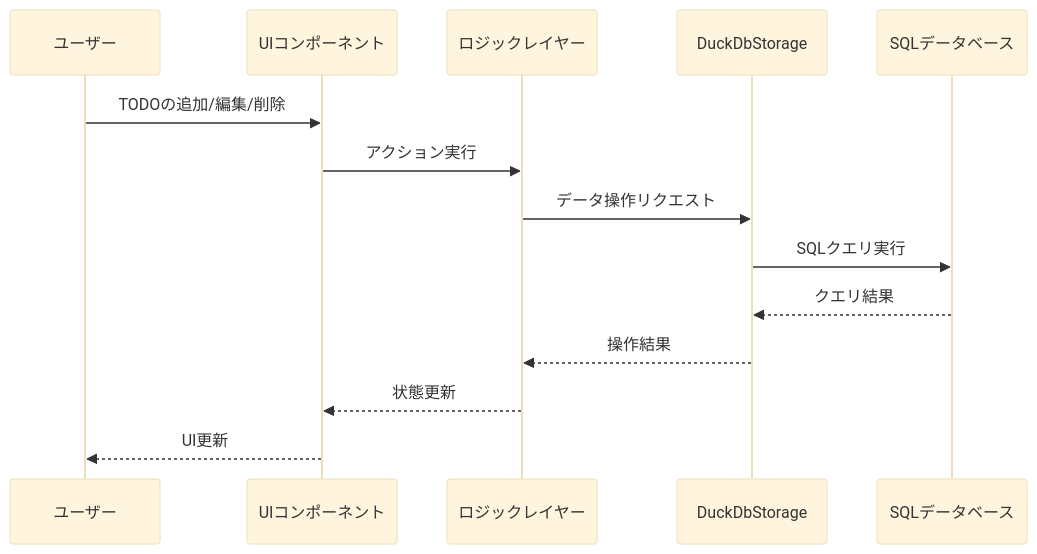
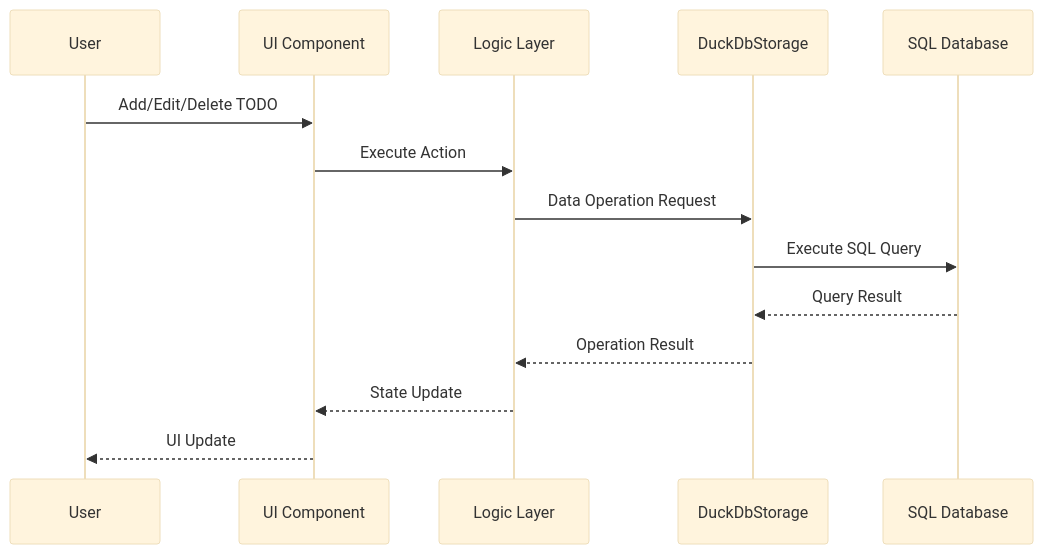
The third of 5 diagrams in docs/typescript-nextjs-schema.md (ttekun/nextjs-todo-example), drawn with Mermaid (base theme) before and after one commit. The commit also changed other lines of this file and 4 other files, not shown here.

````diff
--- a/docs/typescript-nextjs-schema.md
+++ b/docs/typescript-nextjs-schema.md
@@ -50,17 +50,17 @@
 ```mermaid
 sequenceDiagram
-    participant User as ユーザー
-    participant UI as UIコンポーネント
-    participant Logic as ロジックレイヤー
+    participant User as User
+    participant UI as UI Component
+    participant Logic as Logic Layer
     participant Storage as DuckDbStorage
-    participant DB as SQLデータベース
-    
-    User->>UI: TODOの追加/編集/削除
-    UI->>Logic: アクション実行
-    Logic->>Storage: データ操作リクエスト
-    Storage->>DB: SQLクエリ実行
-    DB-->>Storage: クエリ結果
-    Storage-->>Logic: 操作結果
-    Logic-->>UI: 状態更新
-    UI-->>User: UI更新
+    participant DB as SQL Database
+
+    User->>UI: Add/Edit/Delete TODO
+    UI->>Logic: Execute Action
+    Logic->>Storage: Data Operation Request
+    Storage->>DB: Execute SQL Query
+    DB-->>Storage: Query Result
+    Storage-->>Logic: Operation Result
+    Logic-->>UI: State Update
+    UI-->>User: UI Update
 ```
````
